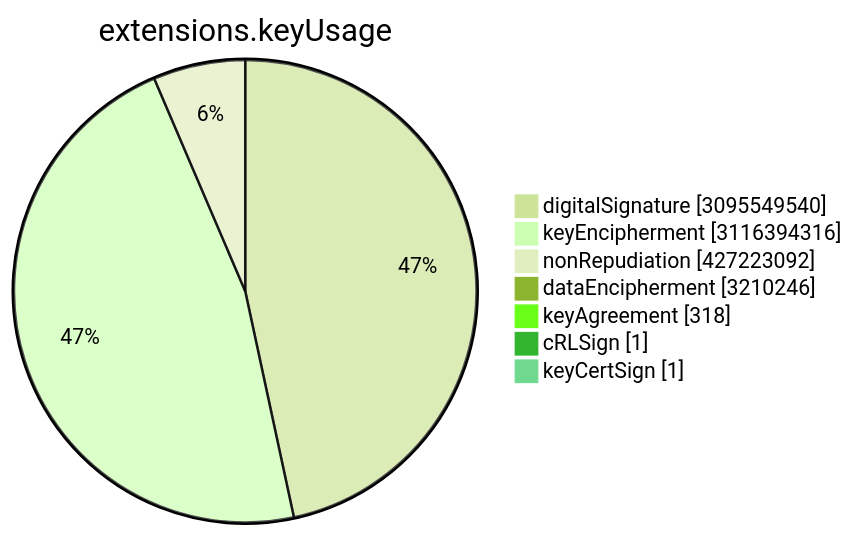
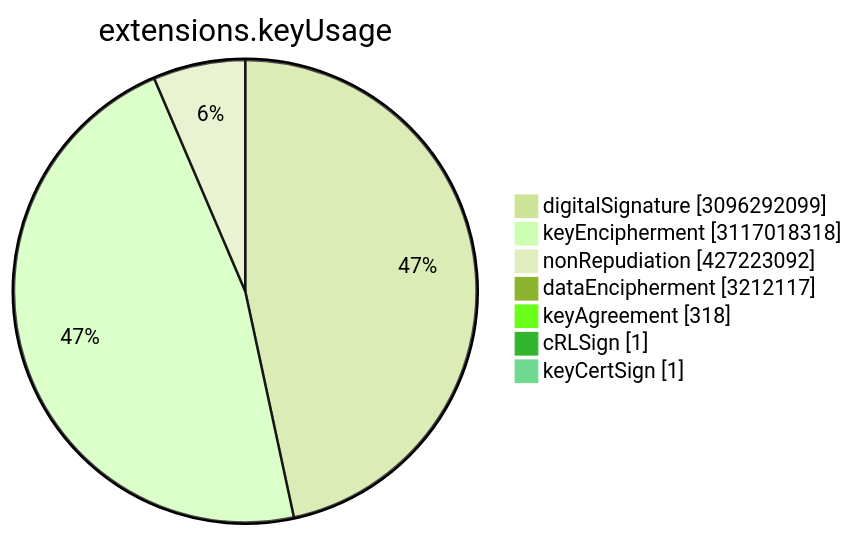
The sixth of 15 diagrams in TOTAL/README.md (christiankrug/ctmonitor_visualization), drawn with Mermaid (forest theme) before and after one commit. The commit also changed other lines of this file, not shown here.

````diff
--- a/TOTAL/README.md
+++ b/TOTAL/README.md
@@ -3075,11 +3075,11 @@
 ```mermaid
 pie showData
 title extensions.keyUsage
-"digitalSignature" :3095549540
-"keyEncipherment" :3116394316
+"digitalSignature" :3096292099
+"keyEncipherment" :3117018318
 "nonRepudiation" :427223092
-"dataEncipherment" :3210246
+"dataEncipherment" :3212117
 "keyAgreement" :318
 "cRLSign" :1
 "keyCertSign" :1
 ```
````
